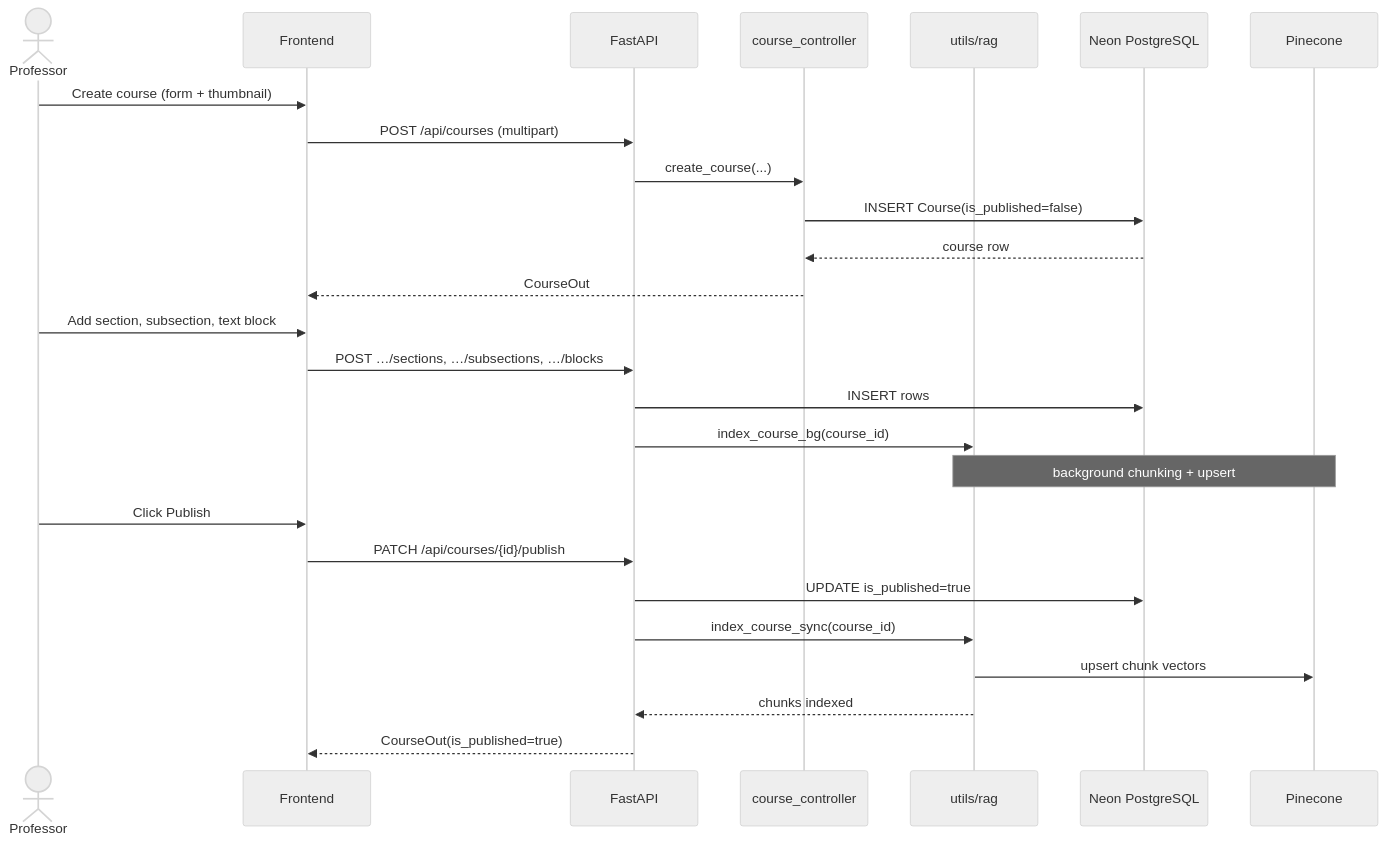
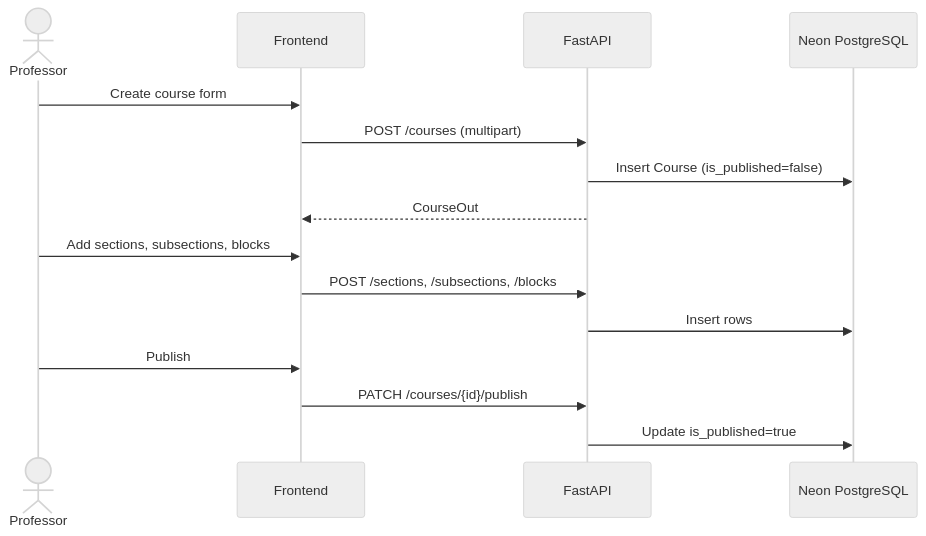
Before and after one commit to yazidha09/Hub4Learners: the third of 4 diagrams in docs/sprints/SPRINT_2.md, drawn with Mermaid (neutral theme). The commit also changed other lines of this file and 14 other files, not shown here.

````diff
--- a/docs/sprints/SPRINT_2.md
+++ b/docs/sprints/SPRINT_2.md
@@ -159,31 +126,20 @@
 ```mermaid
 sequenceDiagram
     actor Professor
     participant Frontend
-    participant FastAPI
-    participant CourseCtrl as course_controller
-    participant RAG as utils/rag
+    participant API as FastAPI
     participant DB as Neon PostgreSQL
-    participant Pinecone
 
-    Professor->>Frontend: Create course (form + thumbnail)
-    Frontend->>FastAPI: POST /api/courses (multipart)
-    FastAPI->>CourseCtrl: create_course(...)
-    CourseCtrl->>DB: INSERT Course(is_published=false)
-    DB-->>CourseCtrl: course row
-    CourseCtrl-->>Frontend: CourseOut
+    Professor->>Frontend: Create course form
+    Frontend->>API: POST /courses (multipart)
+    API->>DB: Insert Course (is_published=false)
+    API-->>Frontend: CourseOut
 
-    Professor->>Frontend: Add section, subsection, text block
-    Frontend->>FastAPI: POST …/sections, …/subsections, …/blocks
-    FastAPI->>DB: INSERT rows
-    FastAPI->>RAG: index_course_bg(course_id)
-    Note over RAG,Pinecone: background chunking + upsert
+    Professor->>Frontend: Add sections, subsections, blocks
+    Frontend->>API: POST /sections, /subsections, /blocks
+    API->>DB: Insert rows
 
-    Professor->>Frontend: Click Publish
-    Frontend->>FastAPI: PATCH /api/courses/{id}/publish
-    FastAPI->>DB: UPDATE is_published=true
-    FastAPI->>RAG: index_course_sync(course_id)
-    RAG->>Pinecone: upsert chunk vectors
-    RAG-->>FastAPI: chunks indexed
-    FastAPI-->>Frontend: CourseOut(is_published=true)
+    Professor->>Frontend: Publish
+    Frontend->>API: PATCH /courses/{id}/publish
+    API->>DB: Update is_published=true
 ```
````
